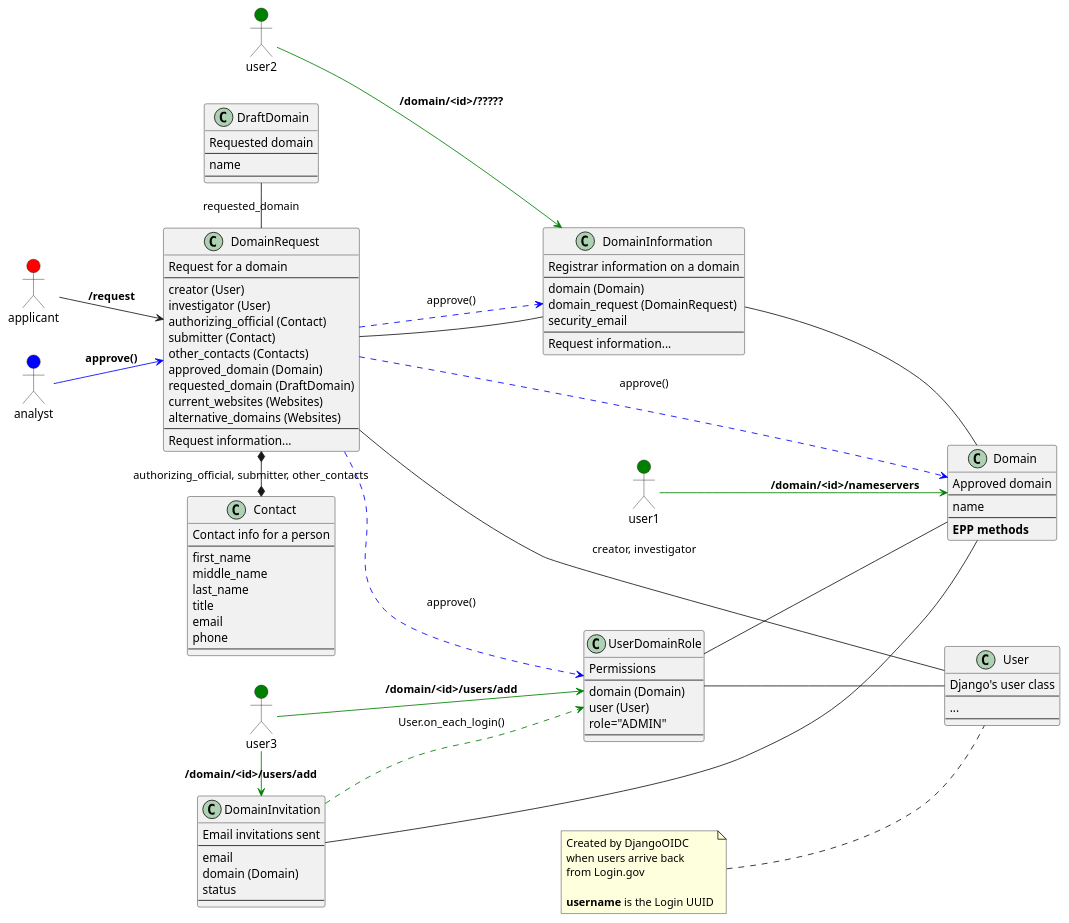
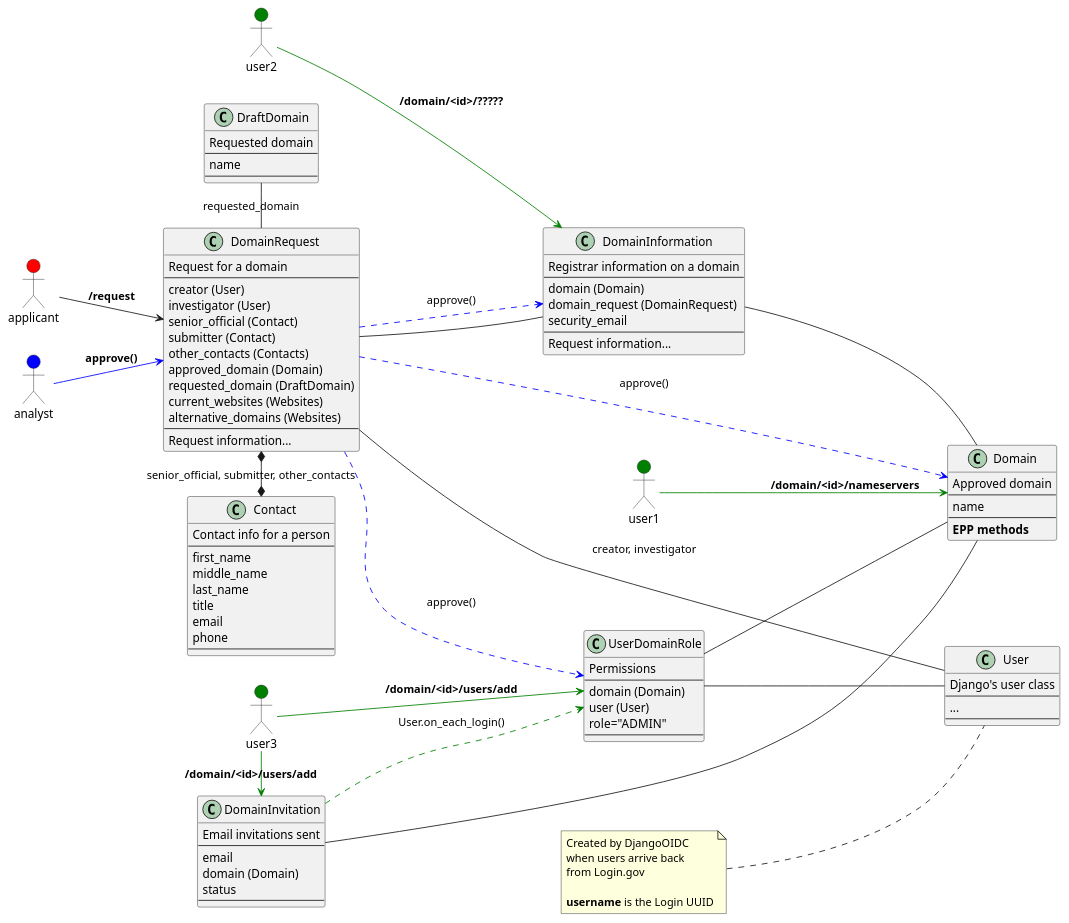
One commit to cisagov/manage.get.gov changed the diagram in docs/architecture/diagrams/model_timeline.md. Above: the diagram before and after it, drawn with PlantUML. The commit also changed 40 other files, not shown here.

Commit message:
Base run through of changes from authorizing to senior

```diff
--- a/docs/architecture/diagrams/model_timeline.md
+++ b/docs/architecture/diagrams/model_timeline.md
@@ -41,7 +41,7 @@
   --
   creator (User)
   investigator (User)
-  authorizing_official (Contact)
+  senior_official (Contact)
   submitter (Contact)
   other_contacts (Contacts)
   approved_domain (Domain)
@@ -80,7 +80,7 @@
   --
 }
 
-DomainRequest *-r-* Contact : authorizing_official, submitter, other_contacts
+DomainRequest *-r-* Contact : senior_official, submitter, other_contacts
 
 class DraftDomain {
   Requested domain
```
